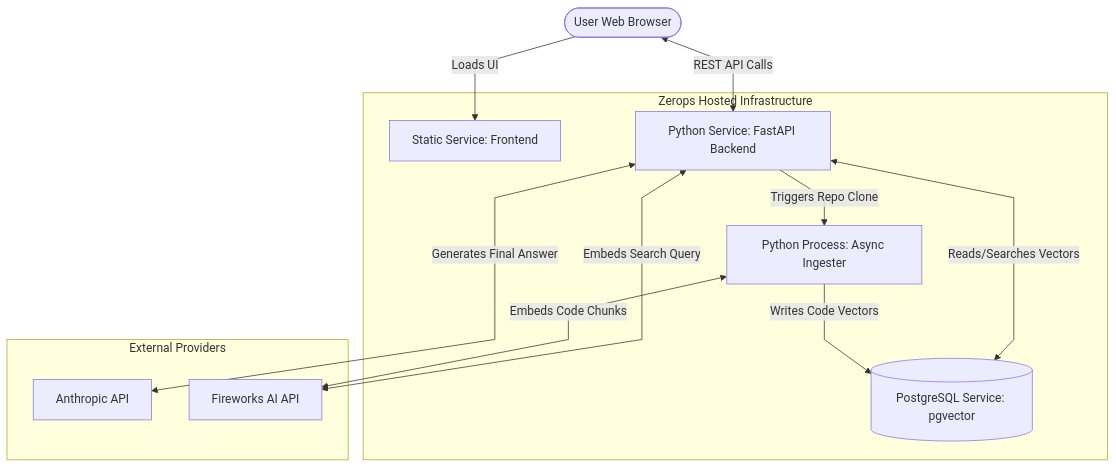
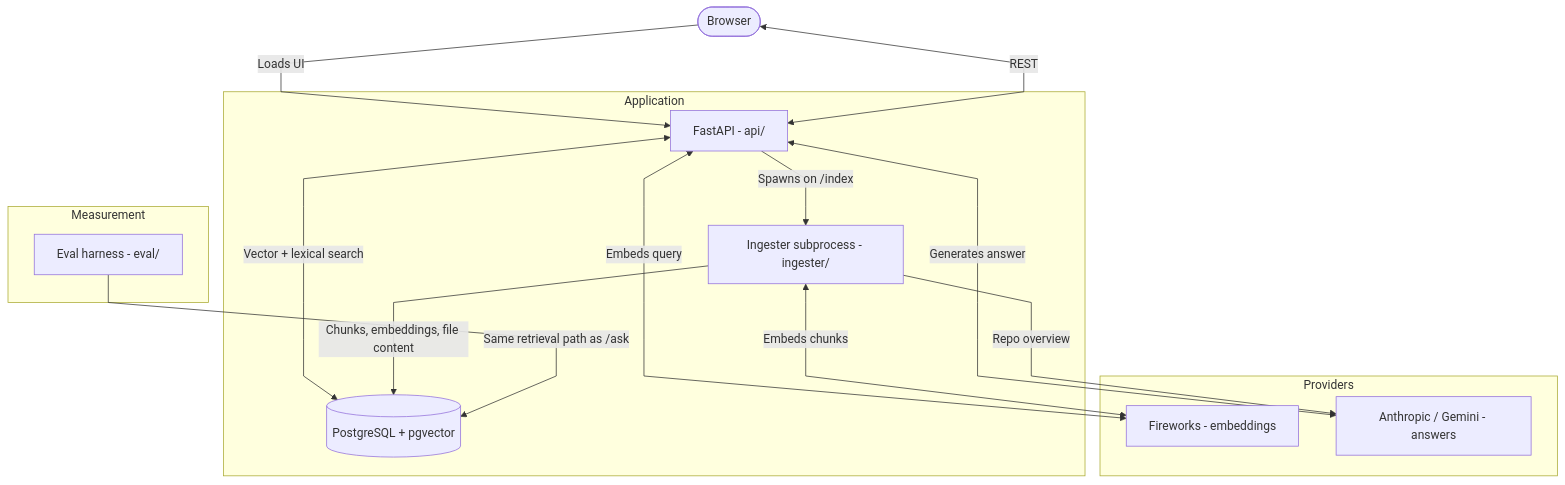
One commit to madhan-init/repo-onboarding-assistant changed the diagram in README.md. Above: the diagram before and after it, drawn with Mermaid. The commit also changed other lines of this file and 1 other file, not shown here.

````diff
--- a/README.md
+++ b/README.md
@@ -15,33 +60,31 @@
 ```mermaid
 %%{init: {"flowchart": {"curve": "linear"}}}%%
 flowchart TD
-    %% TIER 1: Client
-    Client([User Web Browser])
+    Client([Browser])
 
-    %% TIER 2: Zerops Infrastructure
-    subgraph Zerops [Zerops Hosted Infrastructure]
-        UI[Static Service: Frontend]
-        API[Python Service: FastAPI Backend]
-        Worker[Python Process: Async Ingester]
-        DB[(PostgreSQL Service: pgvector)]
+    subgraph App [Application]
+        API[FastAPI - api/]
+        Worker[Ingester subprocess - ingester/]
+        DB[(PostgreSQL + pgvector)]
     end
 
-    %% TIER 3: External APIs
-    subgraph External [External Providers]
-        LLM[Anthropic API]
-        Fireworks[Fireworks AI API]
+    subgraph Eval [Measurement]
+        Harness[Eval harness - eval/]
     end
 
-    %% Flow enforcing Top-Down layout
-    Client -->|Loads UI| UI
-    Client <-->|REST API Calls| API
-    
-    API -->|Triggers Repo Clone| Worker
-    
-    API <-->|Reads/Searches Vectors| DB
-    Worker -->|Writes Code Vectors| DB
-    
-    API <-->|Generates Final Answer| LLM
-    API <-->|Embeds Search Query| Fireworks
-    Worker <-->|Embeds Code Chunks| Fireworks
+    subgraph External [Providers]
+        Embed[Fireworks - embeddings]
+        LLM[Anthropic / Gemini - answers]
+    end
+
+    Client -->|Loads UI| API
+    Client <-->|REST| API
+    API -->|Spawns on /index| Worker
+    API <-->|Vector + lexical search| DB
+    Worker -->|Chunks, embeddings, file content| DB
+    API <-->|Generates answer| LLM
+    API <-->|Embeds query| Embed
+    Worker <-->|Embeds chunks| Embed
+    Worker -->|Repo overview| LLM
+    Harness -->|Same retrieval path as /ask| DB
 ```
````
